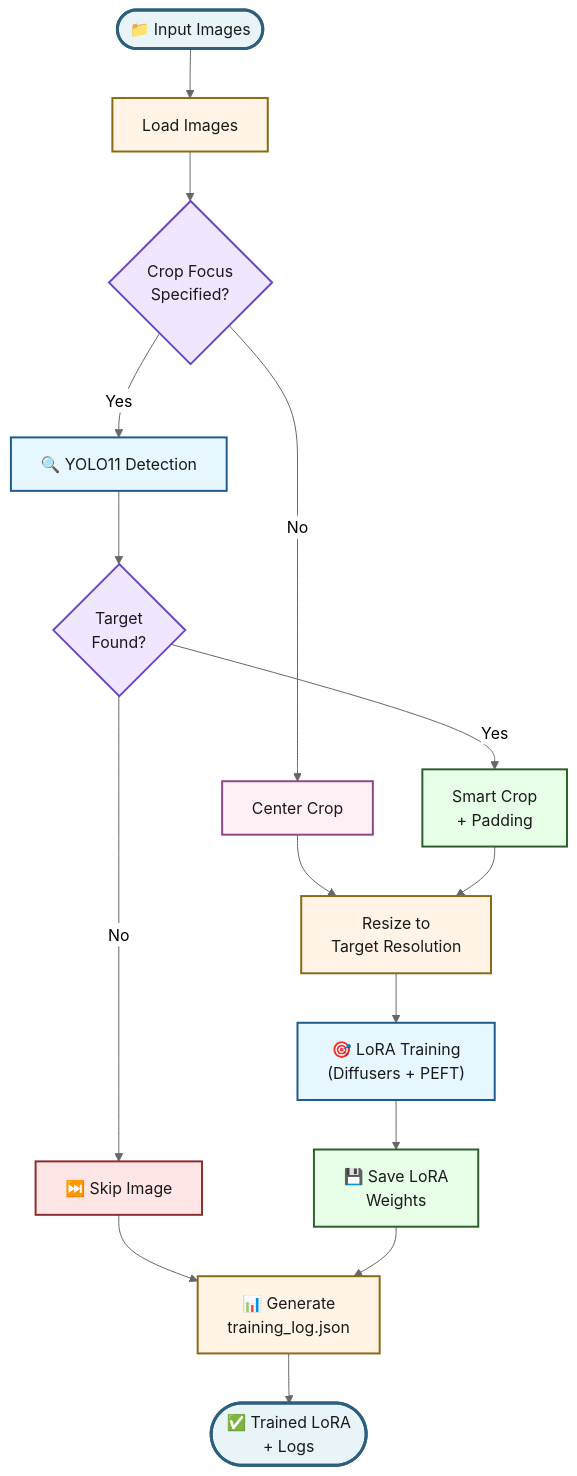
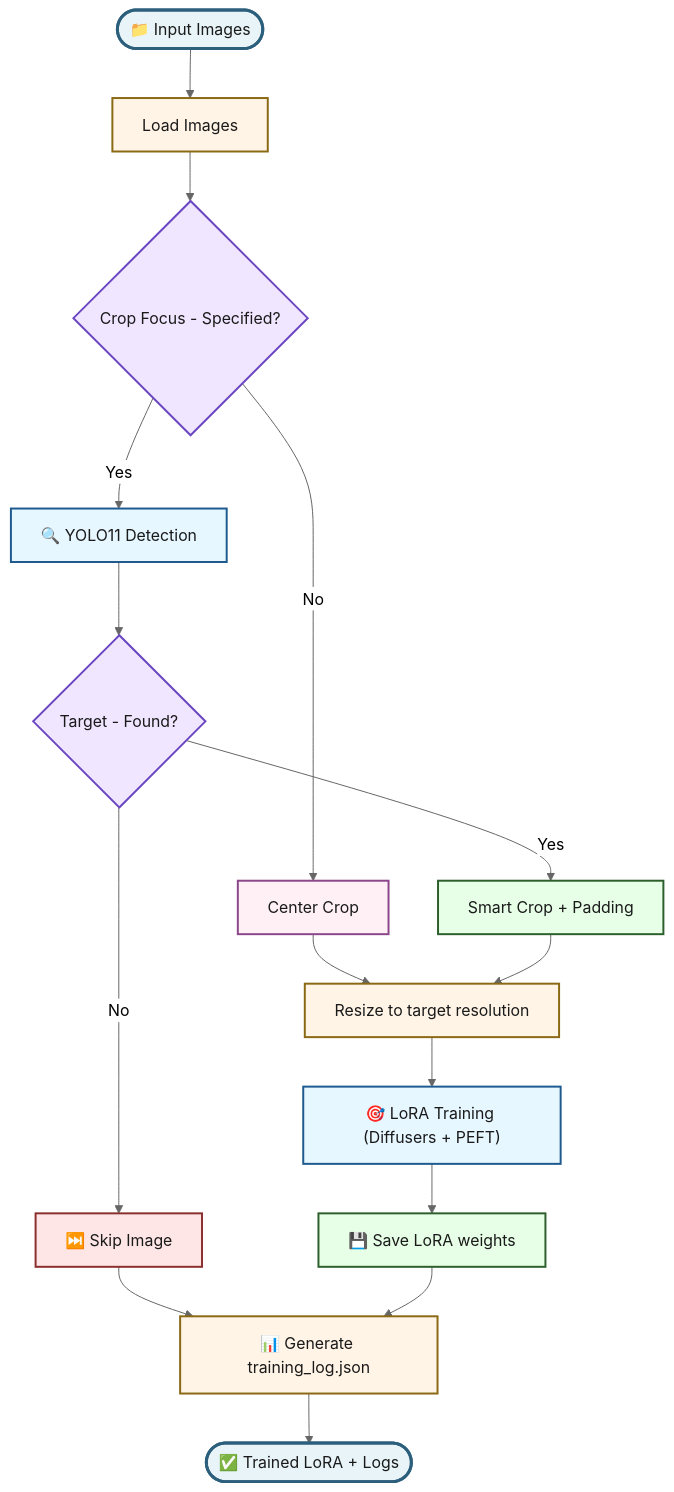
Before and after one commit to paazmaya/sesoko: the diagram in yolo/README.md, drawn with Mermaid (neutral theme). The commit also changed other lines of this file and 1 other file, not shown here.

````diff
--- a/yolo/README.md
+++ b/yolo/README.md
@@ -9,37 +9,37 @@
 ```mermaid
 flowchart TD
     Start(["📁 Input Images"]) --> Load["Load Images"]
-    Load --> Check{"Crop Focus\nSpecified?"}
-    
+    Load --> Check{"Crop Focus - Specified?"}
+
     Check -->|Yes| YOLO["🔍 YOLO11 Detection"]
     Check -->|No| Center["Center Crop"]
-    
-    YOLO --> Found{"Target\nFound?"}
-    Found -->|Yes| Crop["Smart Crop\n+ Padding"]
+
+    YOLO --> Found{"Target - Found?"}
+    Found -->|Yes| Crop["Smart Crop + Padding"]
     Found -->|No| Skip["⏭️ Skip Image"]
-    
-    Center --> Resize["Resize to\nTarget Resolution"]
+
+    Center --> Resize["Resize to target resolution"]
     Crop --> Resize
-    
-    Resize --> Train["🎯 LoRA Training\n(Diffusers + PEFT)"]
+
+    Resize --> Train["🎯 LoRA Training (Diffusers + PEFT)"]
     Skip --> Log
-    
-    Train --> Save["💾 Save LoRA\nWeights"]
-    Save --> Log["📊 Generate\ntraining_log.json"]
-    
-    Log --> End(["✅ Trained LoRA\n+ Logs"])
-    
+
+    Train --> Save["💾 Save LoRA weights"]
+    Save --> Log["📊 Generate training_log.json"]
+
+    Log --> End(["✅ Trained LoRA + Logs"])
+
     style Start fill:#E8F4F8,stroke:#2C5F7C,stroke-width:3px,color:#1a1a1a
     style Load fill:#FFF4E6,stroke:#8B6914,stroke-width:2px,color:#1a1a1a
     style Check fill:#F0E6FF,stroke:#6B46C1,stroke-width:2px,color:#1a1a1a
     style YOLO fill:#E6F7FF,stroke:#1E5A8E,stroke-width:2px,color:#1a1a1a
     style Center fill:#FFF0F5,stroke:#8B4789,stroke-width:2px,color:#1a1a1a
     style Found fill:#F0E6FF,stroke:#6B46C1,stroke-width:2px,color:#1a1a1a
     style Crop fill:#E6FFE6,stroke:#2D5F2D,stroke-width:2px,color:#1a1a1a
     style Skip fill:#FFE6E6,stroke:#8B2E2E,stroke-width:2px,color:#1a1a1a
     style Resize fill:#FFF4E6,stroke:#8B6914,stroke-width:2px,color:#1a1a1a
     style Train fill:#E6F7FF,stroke:#1E5A8E,stroke-width:2px,color:#1a1a1a
     style Save fill:#E6FFE6,stroke:#2D5F2D,stroke-width:2px,color:#1a1a1a
     style Log fill:#FFF4E6,stroke:#8B6914,stroke-width:2px,color:#1a1a1a
     style End fill:#E8F4F8,stroke:#2C5F7C,stroke-width:3px,color:#1a1a1a
 ```
````
